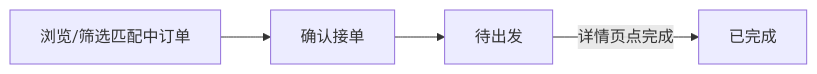
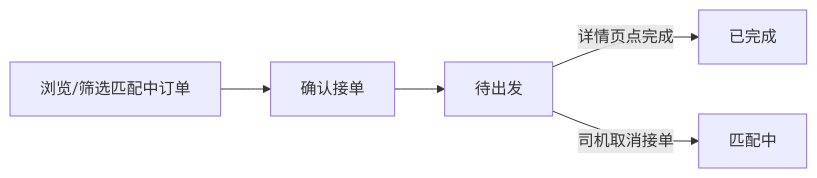
One commit to arsray/ddcarpool changed the second of 2 diagrams in docs/M3_DEMO_FLOWS_PM.md. Above: the diagram before and after it, drawn with Mermaid. The commit also changed other lines of this file and 17 other files, not shown here.

First line of the commit message:
feat(m3-order): cancel flow, plaza filters, and POI updates (#3)

````diff
--- a/docs/M3_DEMO_FLOWS_PM.md
+++ b/docs/M3_DEMO_FLOWS_PM.md
@@ -55,6 +59,7 @@
 ```mermaid
 flowchart LR
     A[浏览/筛选匹配中订单] --> B[确认接单]
     B --> C[待出发]
     C -->|详情页点完成| D[已完成]
+    C -->|司机取消接单| E[匹配中]
 ```
````
